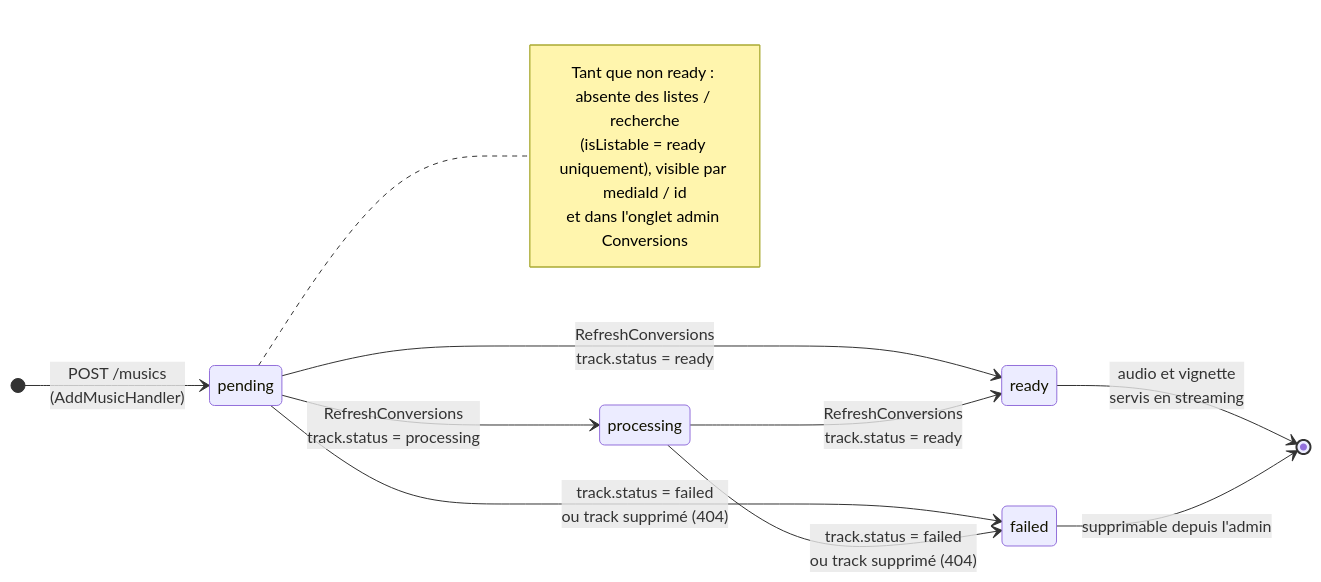
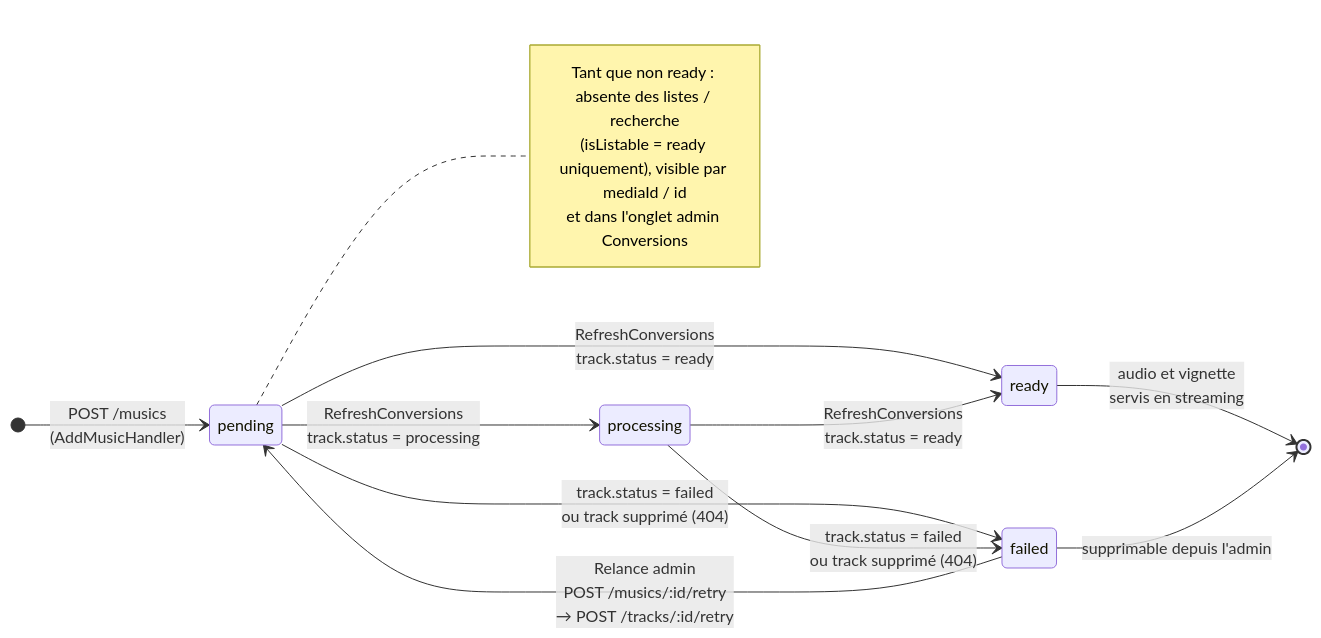
One commit to thomas-gleizes/Kmotion changed the third of 4 diagrams in docs/conversion-flow.md. Above: the diagram before and after it, drawn with Mermaid. The commit also changed other lines of this file and 26 other files, not shown here.

First line of the commit message:
feat(admin): retry failed conversions and show why they failed

````diff
--- a/docs/conversion-flow.md
+++ b/docs/conversion-flow.md
@@ -122,19 +122,20 @@
 ```mermaid
 stateDiagram-v2
     direction LR
     [*] --> pending: POST /musics<br/>(AddMusicHandler)
 
     note right of pending
         Tant que non ready : absente des listes / recherche
         (isListable = ready uniquement), visible par mediaId / id
         et dans l'onglet admin Conversions
     end note
 
     pending --> processing: RefreshConversions<br/>track.status = processing
     pending --> ready: RefreshConversions<br/>track.status = ready
     processing --> ready: RefreshConversions<br/>track.status = ready
     pending --> failed: track.status = failed<br/>ou track supprimé (404)
     processing --> failed: track.status = failed<br/>ou track supprimé (404)
+    failed --> pending: Relance admin<br/>POST /musics/:id/retry<br/>→ POST /tracks/:id/retry
     ready --> [*]: audio et vignette<br/>servis en streaming
     failed --> [*]: supprimable depuis l'admin
 ```
````
